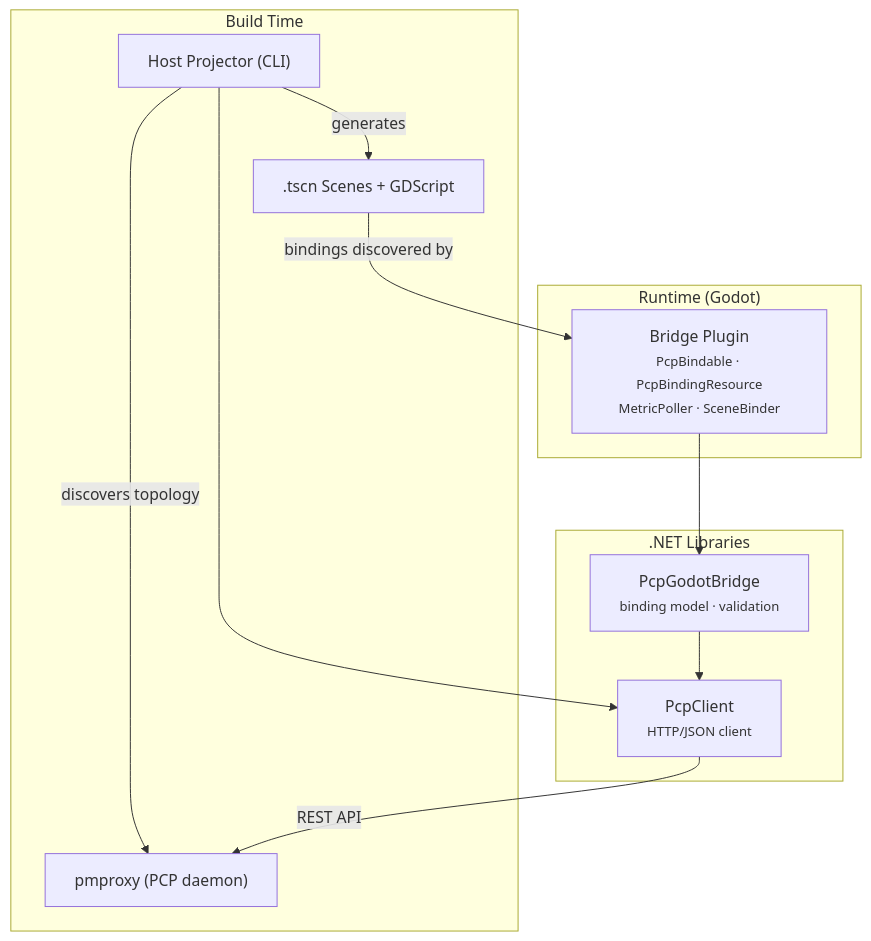
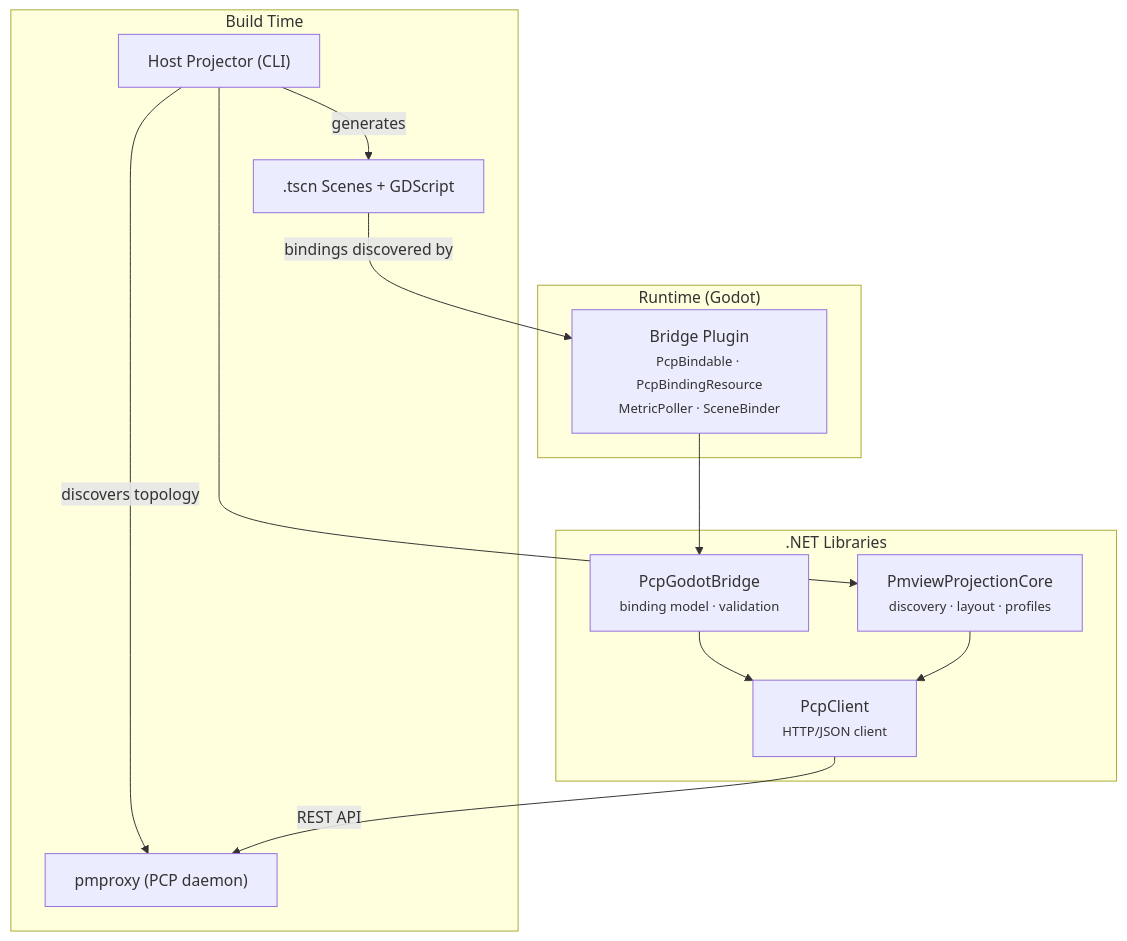
One commit to tallpsmith/pmview-nextgen changed the first of 2 diagrams in docs/ARCHITECTURE.md. Above: the diagram before and after it, drawn with Mermaid. The commit also changed other lines of this file, not shown here.

Commit message:
Update architecture docs for projection core extraction

````diff
--- a/docs/ARCHITECTURE.md
+++ b/docs/ARCHITECTURE.md
@@ -7,26 +7,28 @@
 ```mermaid
 graph TD
     pmproxy["pmproxy (PCP daemon)"]
 
     subgraph "Build Time"
         Projector["Host Projector (CLI)"]
         Projector -- "discovers topology" --> pmproxy
         Projector -- "generates" --> Scenes
     end
 
     subgraph "Runtime (Godot)"
         Scenes[".tscn Scenes + GDScript"]
         Bridge["Bridge Plugin<br/><small>PcpBindable · PcpBindingResource<br/>MetricPoller · SceneBinder</small>"]
         Scenes -- "bindings discovered by" --> Bridge
     end
 
     subgraph ".NET Libraries"
+        ProjectionCore["PmviewProjectionCore<br/><small>discovery · layout · profiles</small>"]
         GodotBridge["PcpGodotBridge<br/><small>binding model · validation</small>"]
         Client["PcpClient<br/><small>HTTP/JSON client</small>"]
         Bridge --> GodotBridge
         GodotBridge --> Client
-        Projector --> Client
+        Projector --> ProjectionCore
+        ProjectionCore --> Client
     end
 
     Client -- "REST API" --> pmproxy
 ```
````
